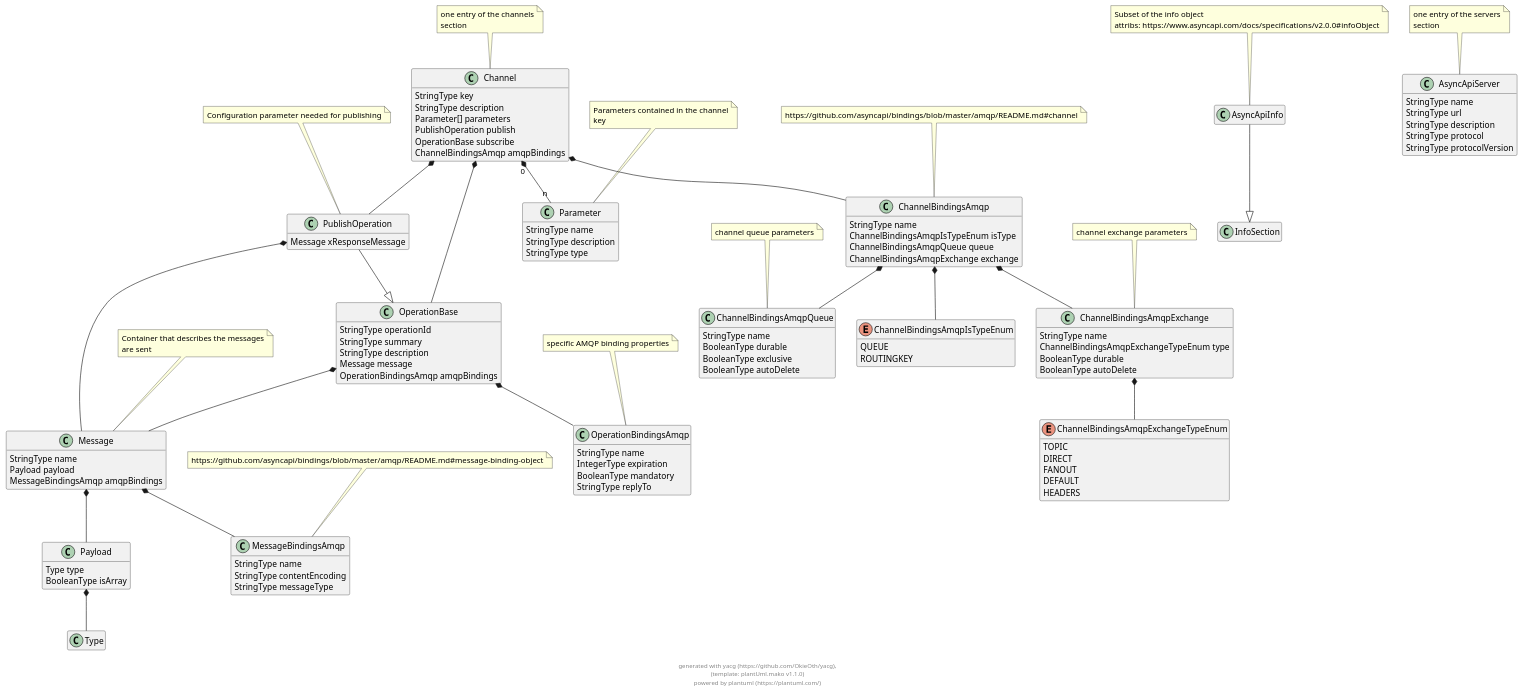
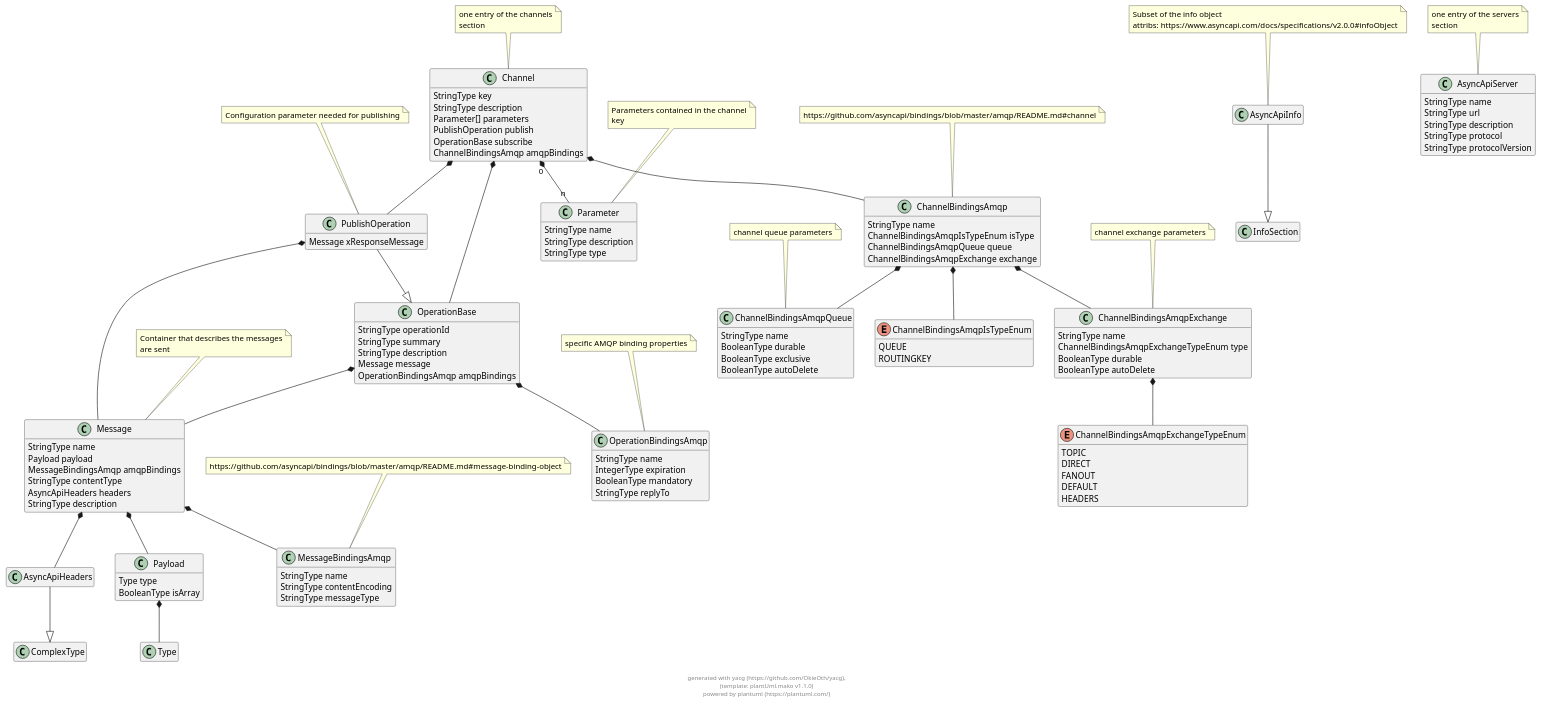
One commit to OkieOth/yacg changed the diagram in docs/puml/yacg_asyncapi.puml. Above: the diagram before and after it, drawn with PlantUML. The commit also changed 5 other files, not shown here.

Commit message:
define AsyncApi headers type - run codegen

```diff
--- a/docs/puml/yacg_asyncapi.puml
+++ b/docs/puml/yacg_asyncapi.puml
@@ -16,6 +16,9 @@
         StringType name
         Payload payload
         MessageBindingsAmqp amqpBindings
+        StringType contentType
+        AsyncApiHeaders headers
+        StringType description
 }
 
 note top: Container that describes the messages\nare sent
@@ -127,6 +130,11 @@
 
 note top: https://github.com/asyncapi/bindings/blob/master/amqp/README.md#message-binding-object
 
+class AsyncApiHeaders {
+}
+
+
+AsyncApiHeaders --|> ComplexType
 
     
 
@@ -145,6 +153,11 @@
 
 Message  *--  MessageBindingsAmqp
             
+
+
+Message  *--  AsyncApiHeaders
+            
+
 
     
 
@@ -215,6 +228,7 @@
 
 
 
+    
 
 footer \ngenerated with yacg (https://github.com/OkieOth/yacg),\n(template: plantUml.mako v1.1.0)\npowered by plantuml (https://plantuml.com/)
 @enduml
```
